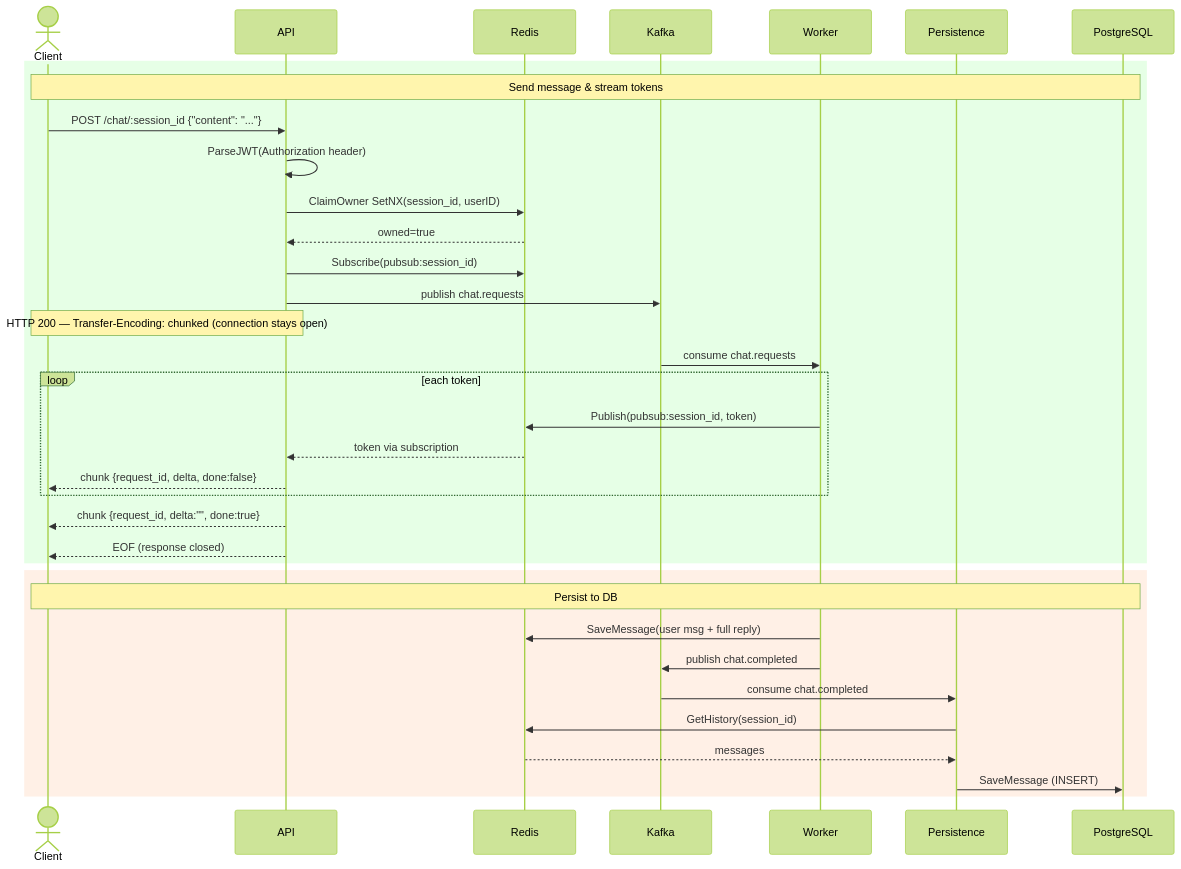
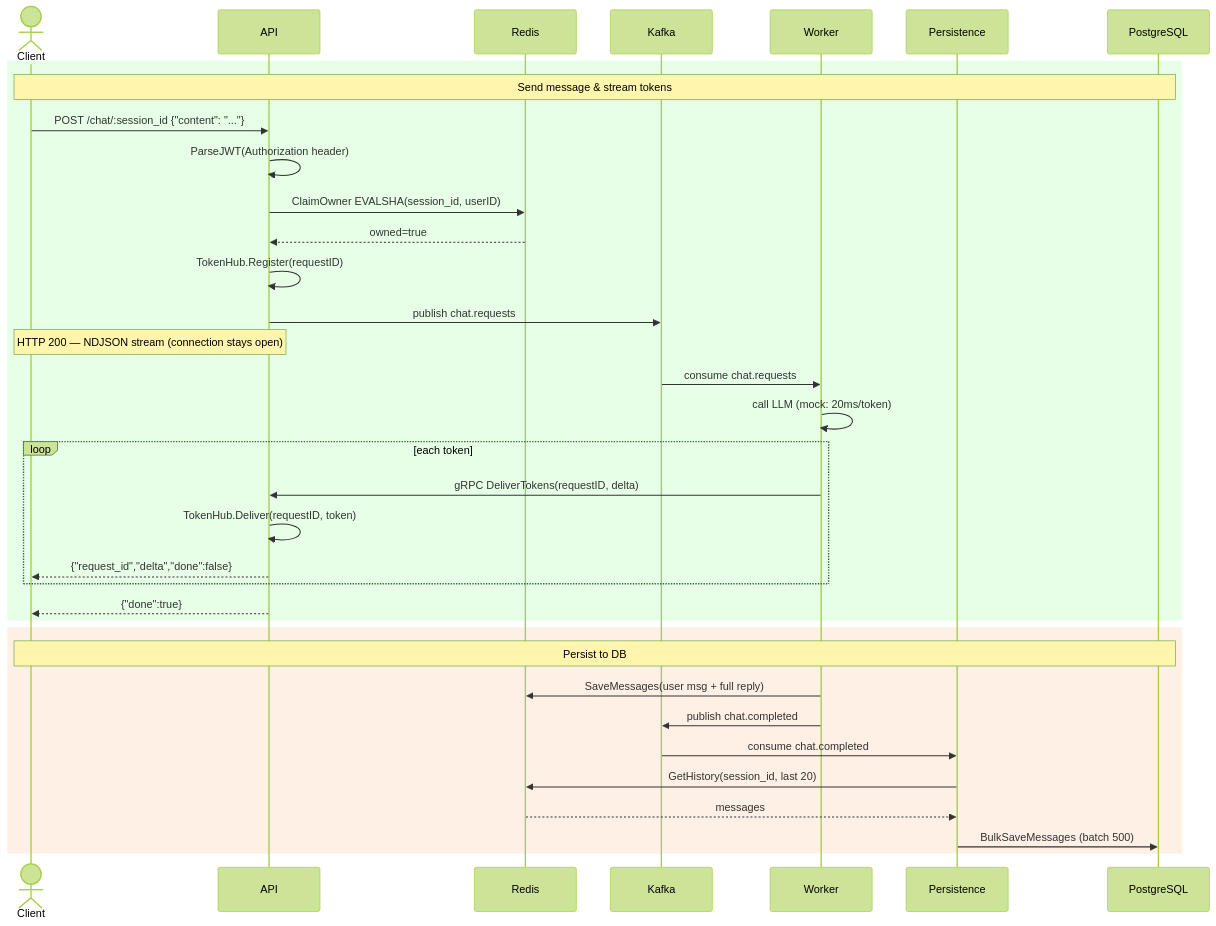
One commit to linhhnbkdn/golang-learning changed the diagram in README.md. Above: the diagram before and after it, drawn with Mermaid (forest theme). The commit also changed other lines of this file, not shown here.

First line of the commit message:
docs: update README with current architecture and planned improvements

````diff
--- a/README.md
+++ b/README.md
@@ -22,39 +23,39 @@
 ```mermaid
 sequenceDiagram
     actor Client
     participant API
     participant Redis
     participant Kafka
     participant Worker
     participant Persistence
     participant PostgreSQL
 
     rect rgb(230, 255, 230)
         note over Client,PostgreSQL: Send message & stream tokens
         Client->>API: POST /chat/:session_id {"content": "..."}
         API->>API: ParseJWT(Authorization header)
-        API->>Redis: ClaimOwner SetNX(session_id, userID)
+        API->>Redis: ClaimOwner EVALSHA(session_id, userID)
         Redis-->>API: owned=true
-        API->>Redis: Subscribe(pubsub:session_id)
+        API->>API: TokenHub.Register(requestID)
         API->>Kafka: publish chat.requests
-        note over API,Client: HTTP 200 — Transfer-Encoding: chunked (connection stays open)
+        note over API,Client: HTTP 200 — NDJSON stream (connection stays open)
         Kafka->>Worker: consume chat.requests
+        Worker->>Worker: call LLM (mock: 20ms/token)
         loop each token
-            Worker->>Redis: Publish(pubsub:session_id, token)
-            Redis-->>API: token via subscription
-            API-->>Client: chunk {request_id, delta, done:false}
+            Worker->>API: gRPC DeliverTokens(requestID, delta)
+            API->>API: TokenHub.Deliver(requestID, token)
+            API-->>Client: {"request_id","delta","done":false}
         end
-        API-->>Client: chunk {request_id, delta:"", done:true}
-        API-->>Client: EOF (response closed)
+        API-->>Client: {"done":true}
     end
 
     rect rgb(255, 240, 230)
         note over Client,PostgreSQL: Persist to DB
-        Worker->>Redis: SaveMessage(user msg + full reply)
+        Worker->>Redis: SaveMessages(user msg + full reply)
         Worker->>Kafka: publish chat.completed
         Kafka->>Persistence: consume chat.completed
-        Persistence->>Redis: GetHistory(session_id)
+        Persistence->>Redis: GetHistory(session_id, last 20)
         Redis-->>Persistence: messages
-        Persistence->>PostgreSQL: SaveMessage (INSERT)
+        Persistence->>PostgreSQL: BulkSaveMessages (batch 500)
     end
 ```
````
